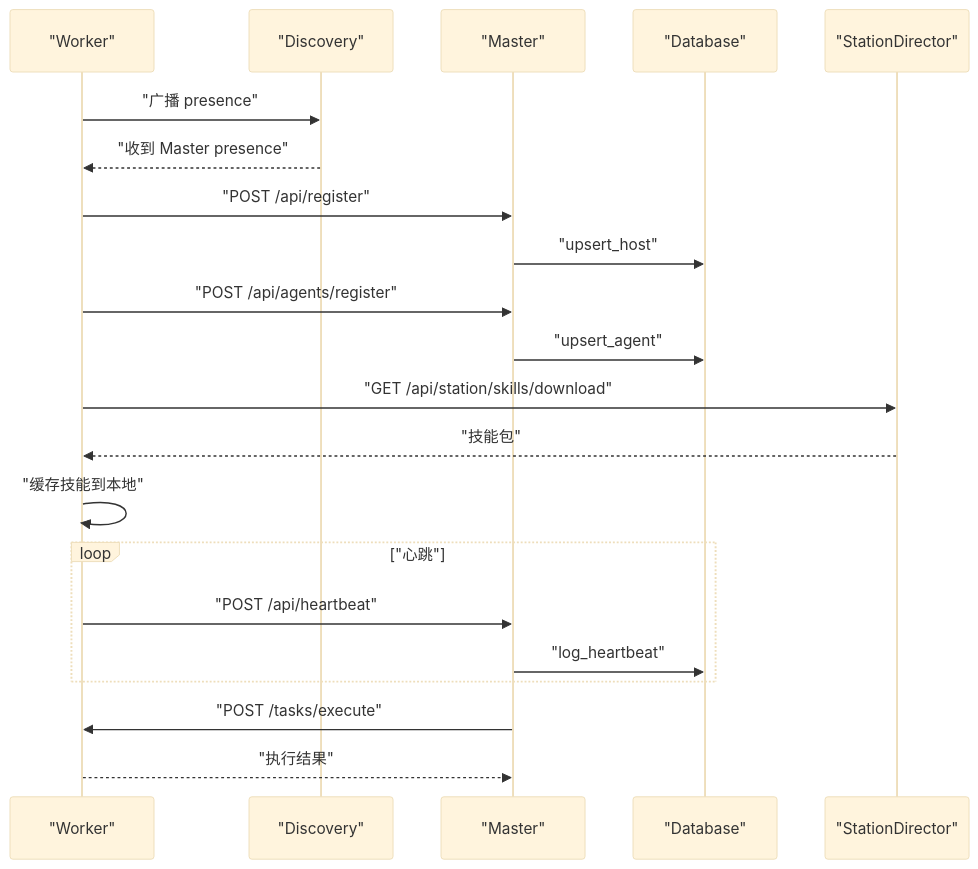
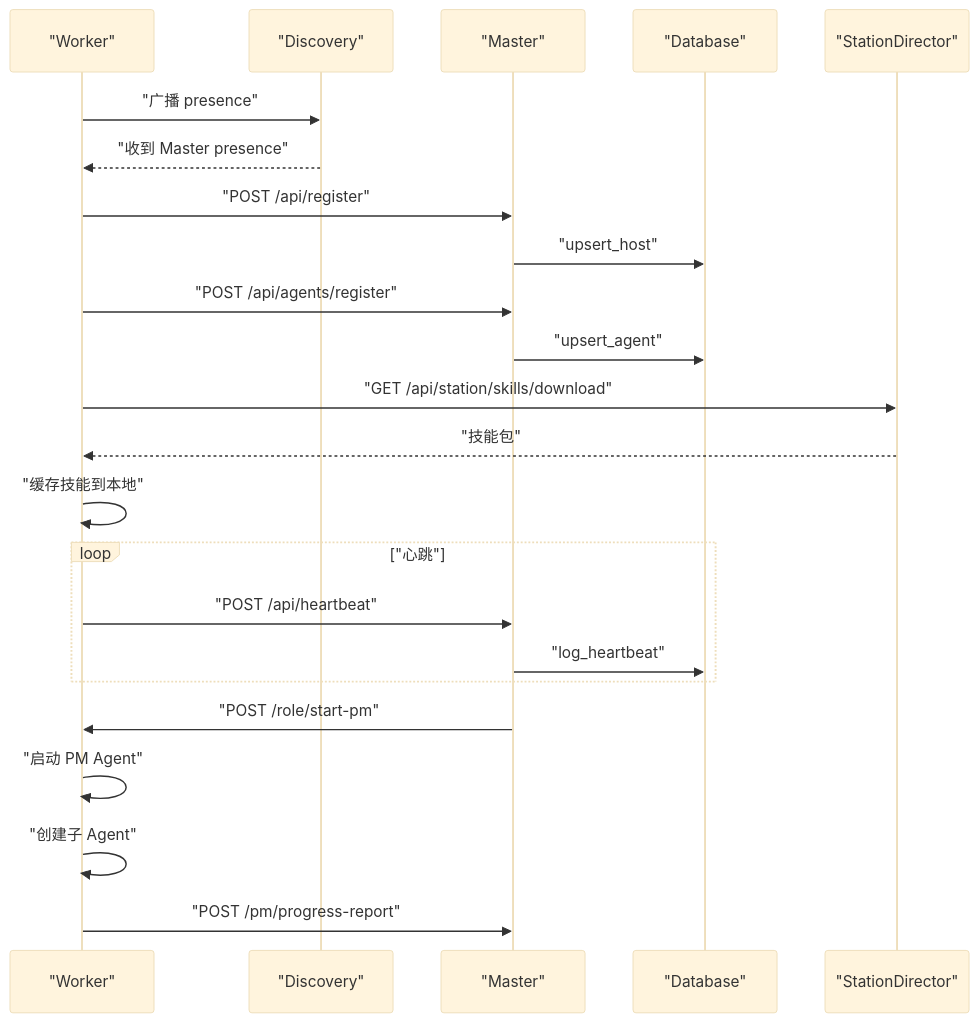
Diagram 13 of 14 in .qoder/repowiki/zh/content/架构设计/Worker 代理/Worker 代理.md (targalian/Personal-distributed-workstation), drawn with Mermaid (base theme) before and after one commit. The commit also changed other lines of this file and 60 other files, not shown here.

````diff
--- a/.qoder/repowiki/zh/content/架构设计/Worker 代理/Worker 代理.md
+++ b/.qoder/repowiki/zh/content/架构设计/Worker 代理/Worker 代理.md
@@ -456,23 +681,25 @@
 ```mermaid
 sequenceDiagram
 participant W as "Worker"
 participant D as "Discovery"
 participant M as "Master"
 participant DB as "Database"
 participant SD as "StationDirector"
 W->>D : "广播 presence"
 D-->>W : "收到 Master presence"
 W->>M : "POST /api/register"
 M->>DB : "upsert_host"
 W->>M : "POST /api/agents/register"
 M->>DB : "upsert_agent"
 W->>SD : "GET /api/station/skills/download"
 SD-->>W : "技能包"
 W->>W : "缓存技能到本地"
 loop "心跳"
 W->>M : "POST /api/heartbeat"
 M->>DB : "log_heartbeat"
 end
-M->>W : "POST /tasks/execute"
-W-->>M : "执行结果"
+M->>W : "POST /role/start-pm"
+W->>W : "启动 PM Agent"
+W->>W : "创建子 Agent"
+W->>M : "POST /pm/progress-report"
 ```
````
